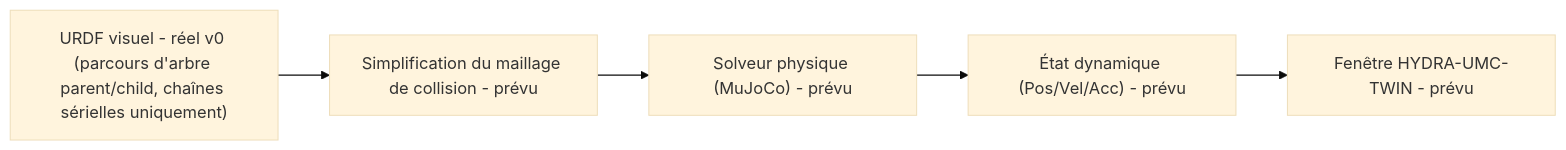
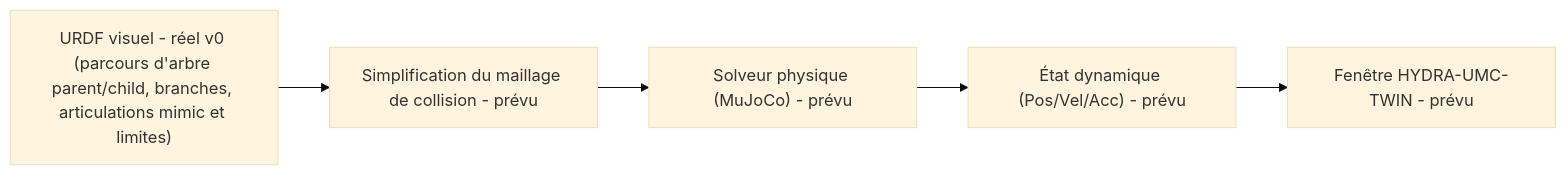
One commit to JuanenRac/HYDRA-UMC-PHYSICS-REPLICA changed the diagram in README_fra.md. Above: the diagram before and after it, drawn with Mermaid (base theme). The commit also changed other lines of this file and 15 other files, not shown here.

Commit message:
Read a branching URDF whole, follow mimic joints and check soft, velocity and effort limits

````diff
--- a/README_fra.md
+++ b/README_fra.md
@@ -57,7 +57,7 @@
 ```mermaid
 flowchart LR
-    URDF["URDF visuel - réel v0 (parcours d'arbre parent/child, chaînes sérielles uniquement)"] --> MESH["Simplification du maillage de collision - prévu"]
+    URDF["URDF visuel - réel v0 (parcours d'arbre parent/child, branches, articulations mimic et limites)"] --> MESH["Simplification du maillage de collision - prévu"]
     MESH --> SOLVE["Solveur physique (MuJoCo) - prévu"]
     SOLVE --> DYN["État dynamique (Pos/Vel/Acc) - prévu"]
     DYN --> TWIN["Fenêtre HYDRA-UMC-TWIN - prévu"]
 ```
````
